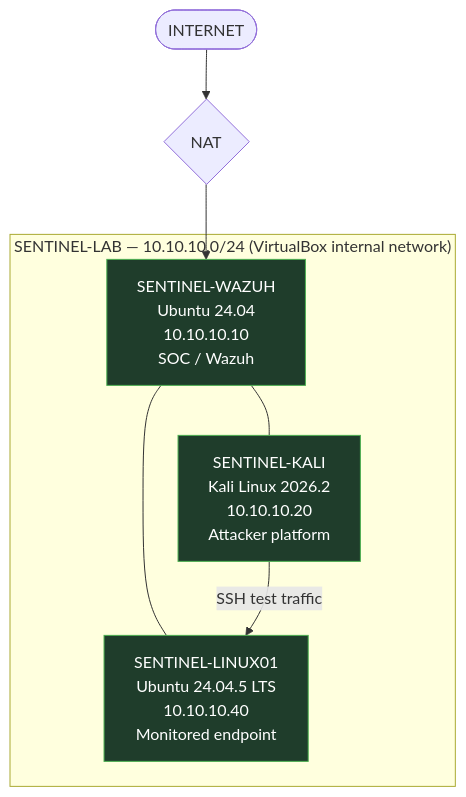
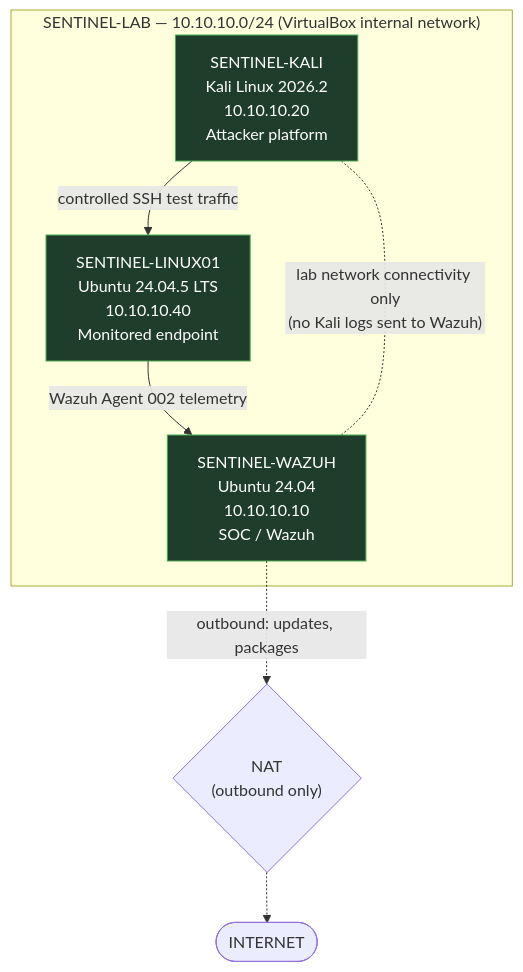
Before and after one commit to andyydz/sentinel-soc-lab: the second of 4 diagrams in docs/03-architecture.md, drawn with Mermaid. The commit also changed other lines of this file, not shown here.

````diff
--- a/docs/03-architecture.md
+++ b/docs/03-architecture.md
@@ -50,20 +50,20 @@
 ```mermaid
 flowchart TB
-    INET([INTERNET])
-    NAT{NAT}
-    INET --> NAT
-
     subgraph LAB["SENTINEL-LAB — 10.10.10.0/24 (VirtualBox internal network)"]
         WAZUH["SENTINEL-WAZUH<br/>Ubuntu 24.04<br/>10.10.10.10<br/>SOC / Wazuh"]
         KALI["SENTINEL-KALI<br/>Kali Linux 2026.2<br/>10.10.10.20<br/>Attacker platform"]
         LINUX["SENTINEL-LINUX01<br/>Ubuntu 24.04.5 LTS<br/>10.10.10.40<br/>Monitored endpoint"]
     end
 
-    NAT --> WAZUH
-    WAZUH --- KALI
-    WAZUH --- LINUX
-    KALI -->|"SSH test traffic"| LINUX
+    NAT{"NAT<br/>(outbound only)"}
+    INET([INTERNET])
+
+    KALI -->|"controlled SSH test traffic"| LINUX
+    LINUX -->|"Wazuh Agent 002 telemetry"| WAZUH
+    KALI -.-|"lab network connectivity only<br/>(no Kali logs sent to Wazuh)"| WAZUH
+    WAZUH -.->|"outbound: updates, packages"| NAT
+    NAT -.-> INET
 
     classDef operational fill:#1f3d2b,stroke:#4caf50,color:#fff;
     class WAZUH,KALI,LINUX operational
 ```
````
